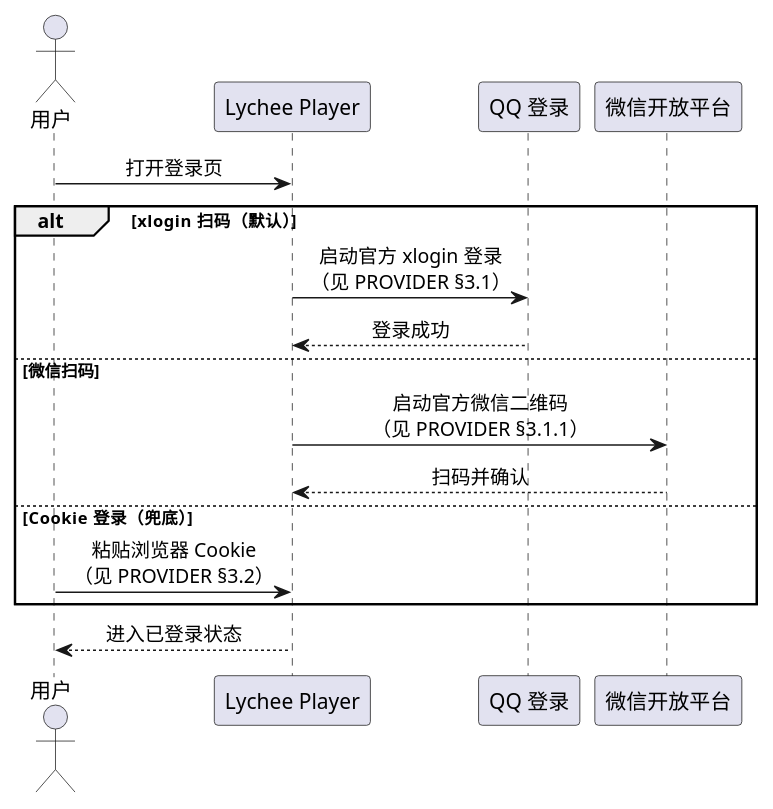
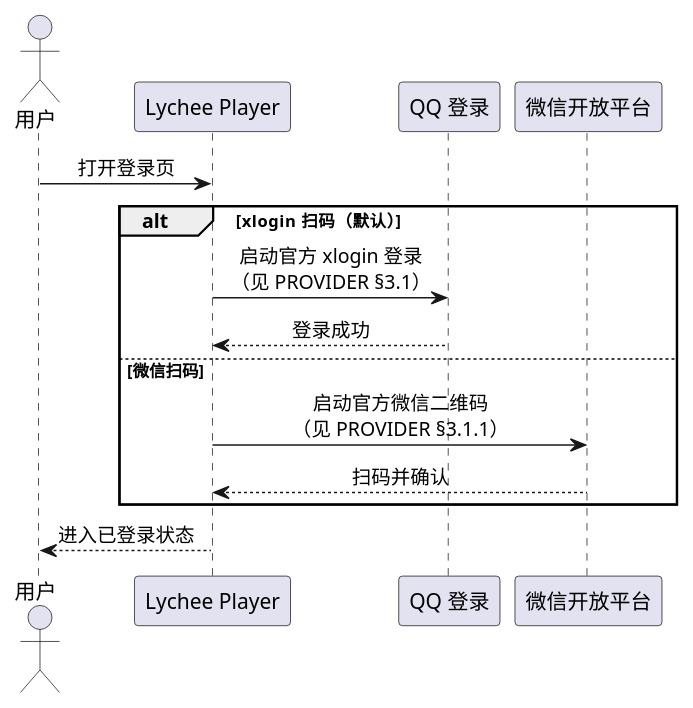
The diagram in diagram/seq-login.puml (54m43lJ/LycheePlayer), drawn with PlantUML before and after one commit. The commit also changed 20 other files, not shown here.

```diff
--- a/diagram/seq-login.puml
+++ b/diagram/seq-login.puml
@@ -1,21 +1,19 @@
 @startuml seq-login
 skinparam shadowing false
 skinparam defaultTextAlignment center
 
 actor 用户 as U
 participant "Lychee Player" as APP
 participant "QQ 登录" as QQ
 participant "微信开放平台" as WX
 
 U -> APP : 打开登录页
 alt xlogin 扫码（默认）
   APP -> QQ : 启动官方 xlogin 登录\n（见 PROVIDER §3.1）
   QQ --> APP : 登录成功
 else 微信扫码
   APP -> WX : 启动官方微信二维码\n（见 PROVIDER §3.1.1）
   WX --> APP : 扫码并确认
-else Cookie 登录（兜底）
-  U -> APP : 粘贴浏览器 Cookie\n（见 PROVIDER §3.2）
 end
 APP --> U : 进入已登录状态
 @enduml
```
